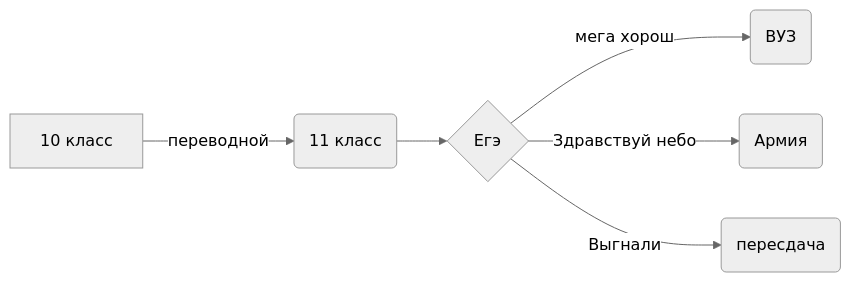
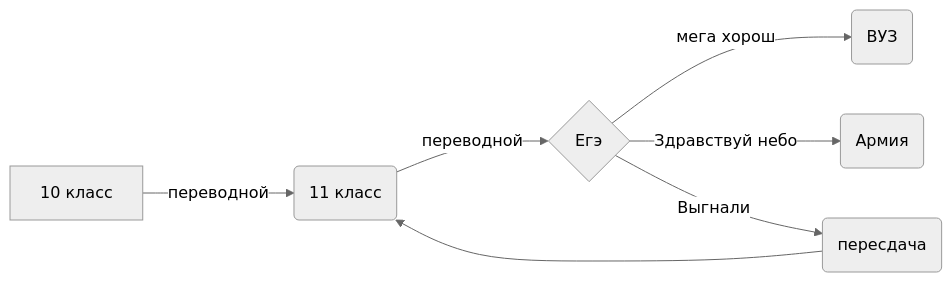
The diagram in README.md (yeryerix/inf), drawn with Mermaid (neutral theme) before and after one commit.

````diff
--- a/README.md
+++ b/README.md
@@ -23,10 +23,11 @@
 ```mermaid
 
 flowchart LR
 
 A[10 класс] -->|переводной| B(11 класс)
-B --> C{Егэ}
+B -->|переводной| C{Егэ}
 C -->|мега хорош| D(ВУЗ)
 C -->|Здравствуй небо| E(Армия)
 C -->|Выгнали| F(пересдача)
+F --> B
 ```
````
